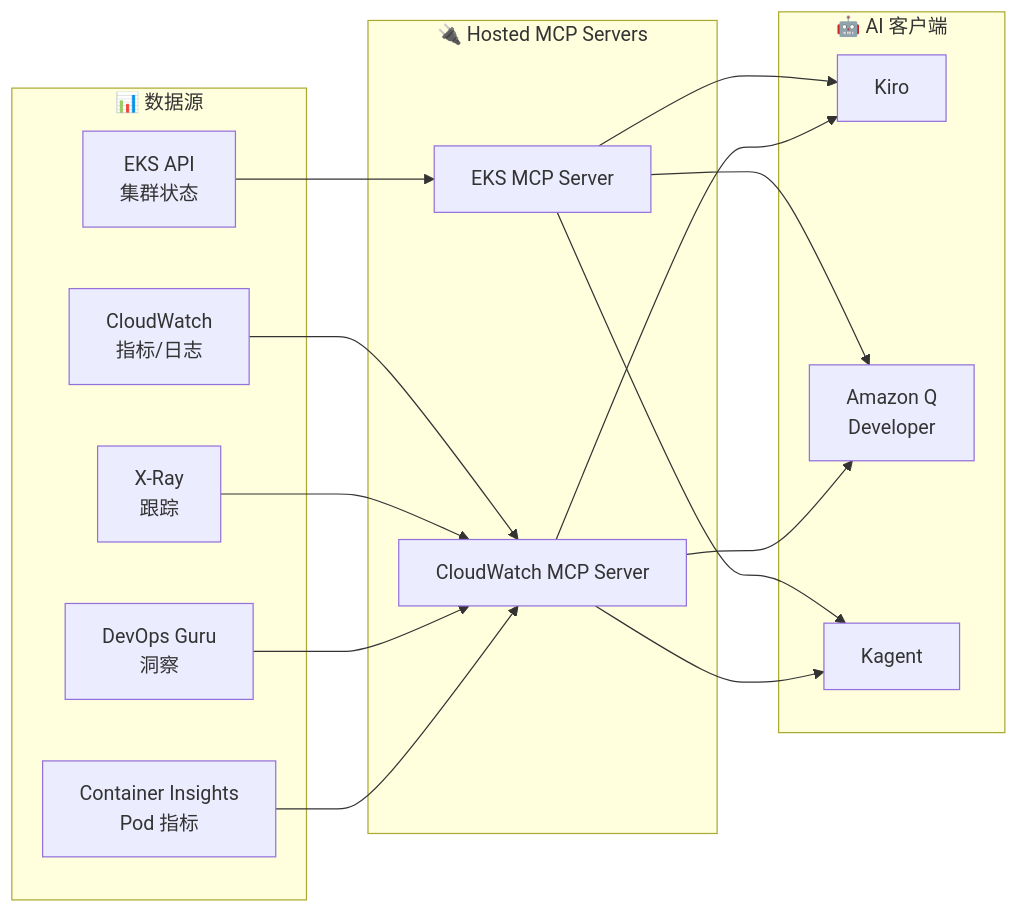
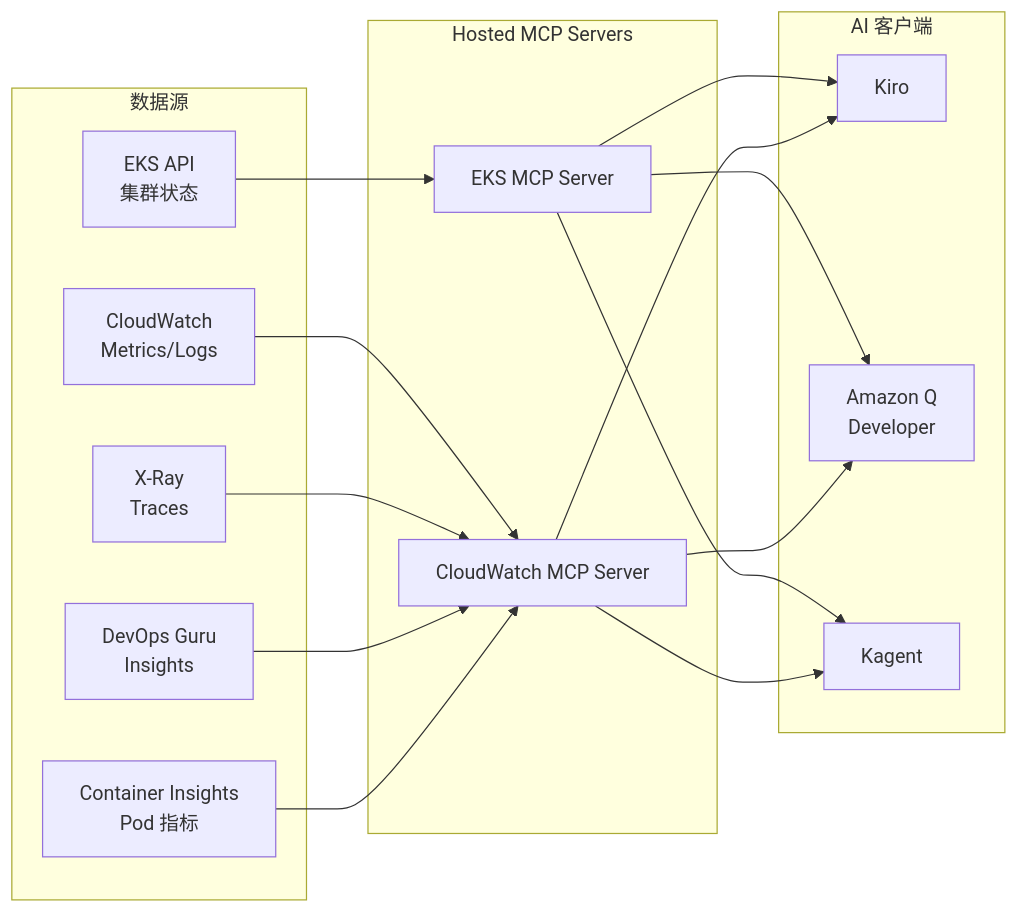
One commit to devfloor9/engineering-playbook changed the third of 4 diagrams in i18n/zh/docusaurus-plugin-content-docs/current/aiops-aidlc/aiops-observability-stack.md. Above: the diagram before and after it, drawn with Mermaid. The commit also changed other lines of this file and 8 other files, not shown here.

````diff
--- a/i18n/zh/docusaurus-plugin-content-docs/current/aiops-aidlc/aiops-observability-stack.md
+++ b/i18n/zh/docusaurus-plugin-content-docs/current/aiops-aidlc/aiops-observability-stack.md
@@ -780,34 +2433,34 @@
 ```mermaid
 graph LR
-    subgraph DataSources["📊 数据源"]
-        CW["CloudWatch<br/>指标/日志"]
-        XR["X-Ray<br/>跟踪"]
+    subgraph DataSources["数据源"]
+        CW["CloudWatch<br/>Metrics/Logs"]
+        XR["X-Ray<br/>Traces"]
         EKS_API["EKS API<br/>集群状态"]
-        DG["DevOps Guru<br/>洞察"]
+        DG["DevOps Guru<br/>Insights"]
         CI["Container Insights<br/>Pod 指标"]
     end
 
-    subgraph MCP["🔌 Hosted MCP Servers"]
+    subgraph MCP["Hosted MCP Servers"]
         EKS_MCP["EKS MCP Server"]
         CW_MCP["CloudWatch MCP Server"]
     end
 
-    subgraph Clients["🤖 AI 客户端"]
+    subgraph Clients["AI 客户端"]
         Kiro["Kiro"]
         QDev["Amazon Q<br/>Developer"]
         Kagent2["Kagent"]
     end
 
     CW --> CW_MCP
     XR --> CW_MCP
     DG --> CW_MCP
     CI --> CW_MCP
     EKS_API --> EKS_MCP
 
     EKS_MCP --> Kiro
     EKS_MCP --> QDev
     EKS_MCP --> Kagent2
     CW_MCP --> Kiro
     CW_MCP --> QDev
     CW_MCP --> Kagent2
 ```
````
